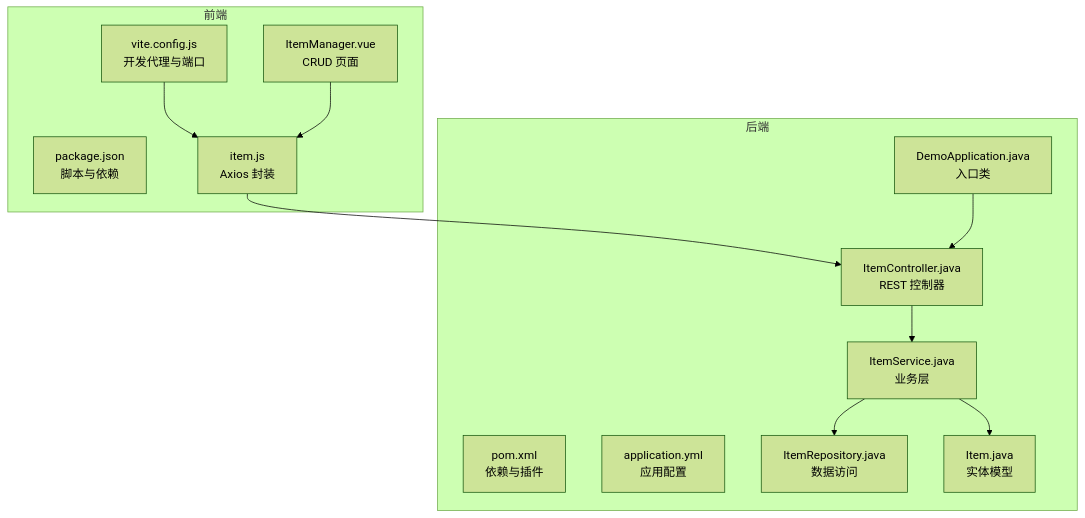
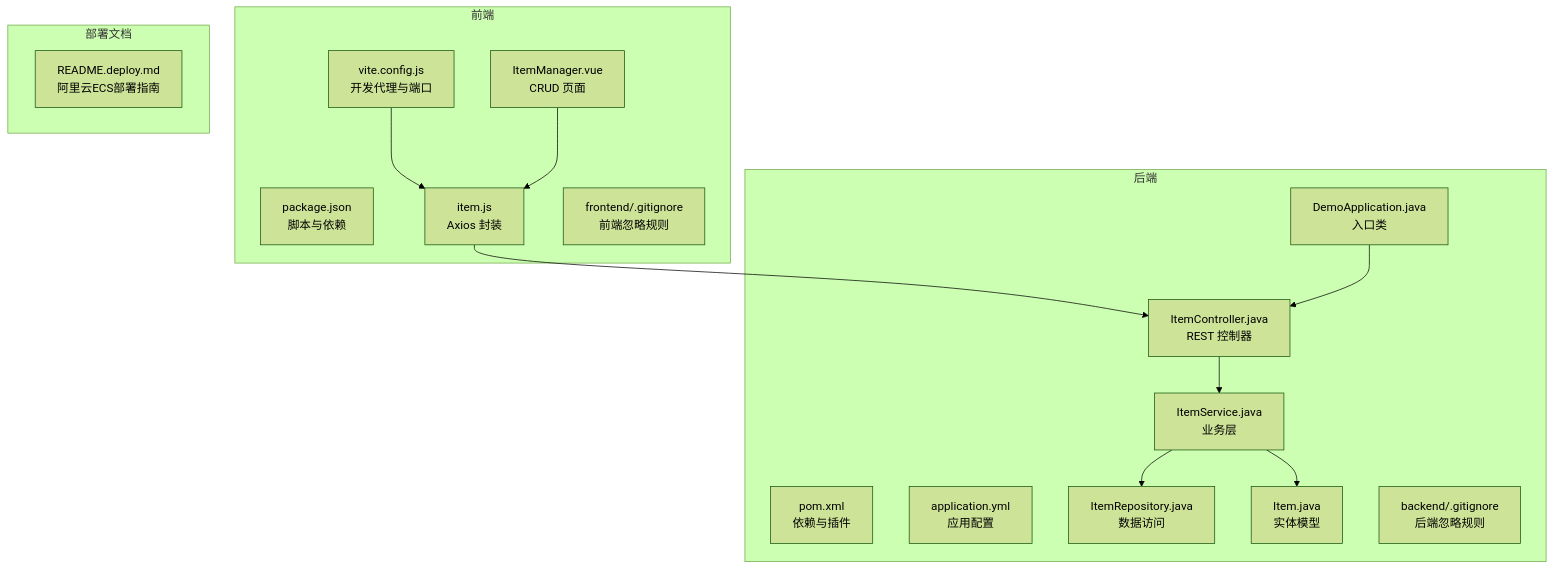
Before and after one commit to caishuaijun/chuanda: the first of 4 diagrams in .qoder/repowiki/zh/content/部署指南/部署指南.md, drawn with Mermaid (forest theme). The commit also changed other lines of this file and 11 other files, not shown here.

````diff
--- a/.qoder/repowiki/zh/content/部署指南/部署指南.md
+++ b/.qoder/repowiki/zh/content/部署指南/部署指南.md
@@ -49,25 +95,30 @@
 ```mermaid
 graph TB
 subgraph "前端"
 FE_PKG["package.json<br/>脚本与依赖"]
 FE_VITE["vite.config.js<br/>开发代理与端口"]
 FE_API["item.js<br/>Axios 封装"]
 FE_UI["ItemManager.vue<br/>CRUD 页面"]
+FE_GITIGNORE["frontend/.gitignore<br/>前端忽略规则"]
 end
 subgraph "后端"
 BE_POM["pom.xml<br/>依赖与插件"]
 BE_APP["DemoApplication.java<br/>入口类"]
 BE_CFG["application.yml<br/>应用配置"]
 BE_CTRL["ItemController.java<br/>REST 控制器"]
 BE_SVC["ItemService.java<br/>业务层"]
 BE_REPO["ItemRepository.java<br/>数据访问"]
 BE_ENT["Item.java<br/>实体模型"]
+BE_GITIGNORE["backend/.gitignore<br/>后端忽略规则"]
+end
+subgraph "部署文档"
+DEPLOY_DOC["README.deploy.md<br/>阿里云ECS部署指南"]
 end
 FE_API --> BE_CTRL
 FE_VITE --> FE_API
 FE_UI --> FE_API
 BE_APP --> BE_CTRL
 BE_SVC --> BE_REPO
 BE_CTRL --> BE_SVC
 BE_SVC --> BE_ENT
 ```
````
